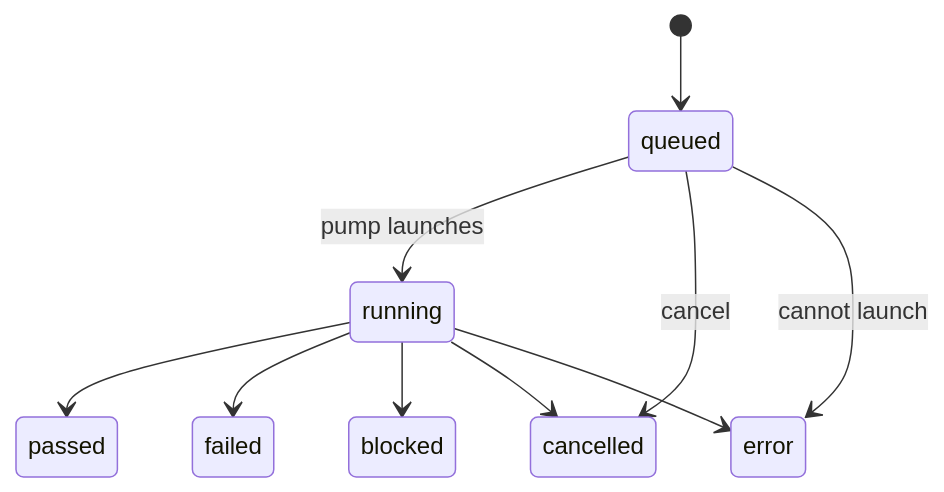
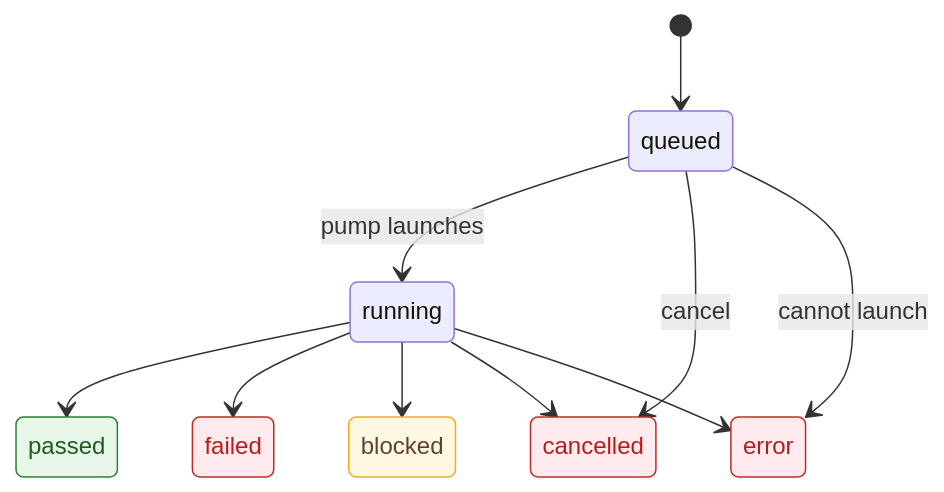
The seventh of 7 diagrams in genesis/architecture/modules/testing.md (ram-020998/project-tracker), drawn with Mermaid before and after one commit. The commit also changed other lines of this file and 24 other files, not shown here.

First line of the commit message:
architecture: rewrite all 86 Mermaid diagrams to one C4 style, each render-checked

````diff
--- a/genesis/architecture/modules/testing.md
+++ b/genesis/architecture/modules/testing.md
@@ -480,12 +546,19 @@
 ```mermaid
 stateDiagram-v2
+    direction TB
     [*] --> queued
-    queued --> running: pump launches
-    queued --> cancelled: cancel
-    queued --> error: cannot launch
+    queued --> running : pump launches
+    queued --> cancelled : cancel
+    queued --> error : cannot launch
     running --> passed
     running --> failed
     running --> blocked
     running --> cancelled
     running --> error
+    classDef terminal fill:#e8f5e9,stroke:#2e7d32,color:#1b5e20
+    classDef waiting fill:#fff8e1,stroke:#f9a825,color:#5d4037
+    classDef bad fill:#ffebee,stroke:#c62828,color:#b71c1c
+    class passed terminal
+    class blocked waiting
+    class failed,cancelled,error bad
 ```
````
